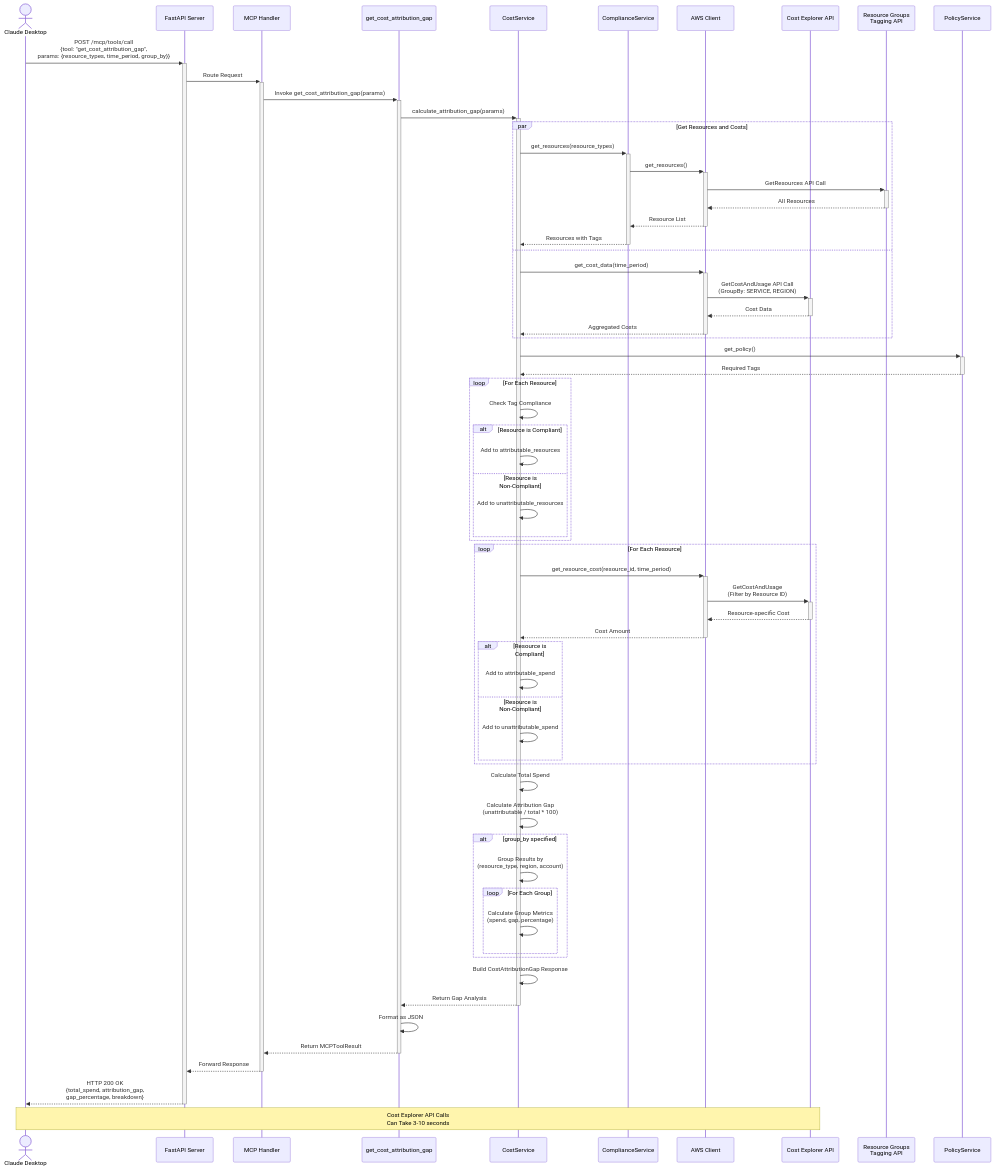
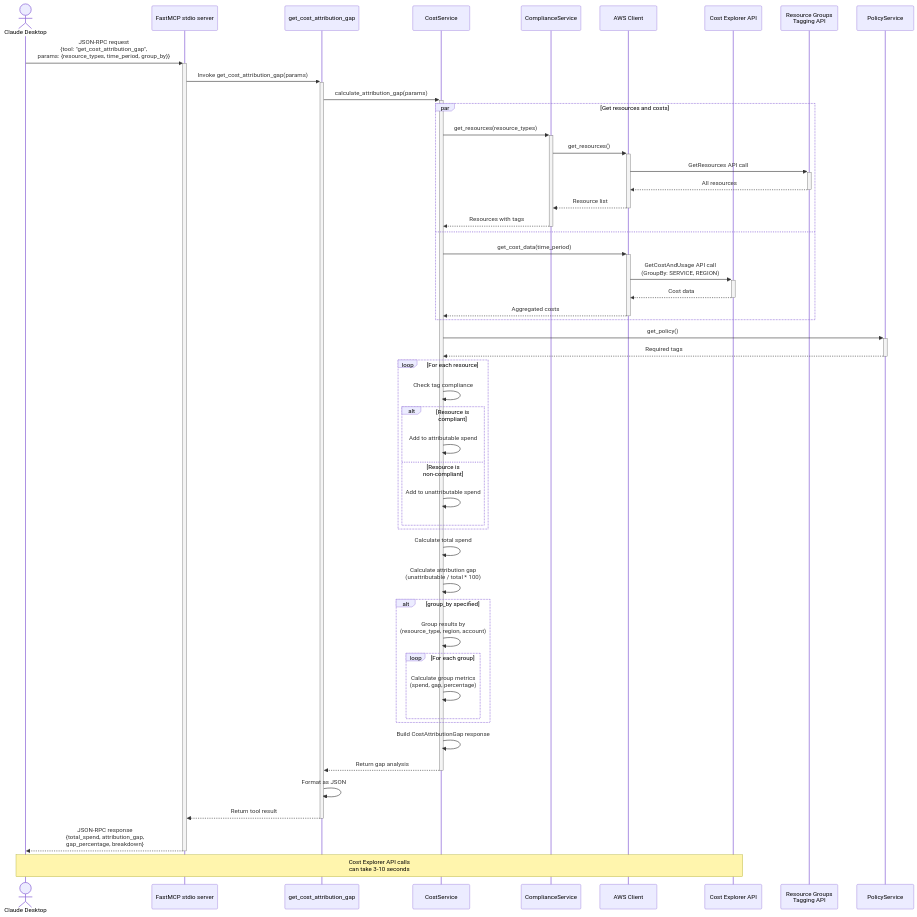
The third of 5 diagrams in docs/diagrams/03-sequence-diagrams.md (OptimNow/finops-tag-compliance-mcp), drawn with Mermaid before and after one commit. The commit also changed other lines of this file and 6 other files, not shown here.

First line of the commit message:
docs: rewrite diagrams for stdio architecture, delete HTTP-only docs

````diff
--- a/docs/diagrams/03-sequence-diagrams.md
+++ b/docs/diagrams/03-sequence-diagrams.md
@@ -183,80 +183,64 @@
 ```mermaid
 sequenceDiagram
     actor User as Claude Desktop
-    participant API as FastAPI Server
-    participant MCP as MCP Handler
+    participant MCP as FastMCP stdio server
     participant Tool as get_cost_attribution_gap
     participant Cost as CostService
     participant CS as ComplianceService
     participant AWS as AWS Client
     participant CE as Cost Explorer API
     participant RGTA as Resource Groups<br/>Tagging API
     participant PS as PolicyService
 
-    User->>+API: POST /mcp/tools/call<br/>{tool: "get_cost_attribution_gap",<br/>params: {resource_types, time_period, group_by}}
+    User->>+MCP: JSON-RPC request<br/>{tool: "get_cost_attribution_gap",<br/>params: {resource_types, time_period, group_by}}
 
-    API->>+MCP: Route Request
     MCP->>+Tool: Invoke get_cost_attribution_gap(params)
 
     Tool->>+Cost: calculate_attribution_gap(params)
 
-    par Get Resources and Costs
+    par Get resources and costs
         Cost->>+CS: get_resources(resource_types)
         CS->>+AWS: get_resources()
-        AWS->>+RGTA: GetResources API Call
-        RGTA-->>-AWS: All Resources
-        AWS-->>-CS: Resource List
-        CS-->>-Cost: Resources with Tags
+        AWS->>+RGTA: GetResources API call
+        RGTA-->>-AWS: All resources
+        AWS-->>-CS: Resource list
+        CS-->>-Cost: Resources with tags
     and
         Cost->>+AWS: get_cost_data(time_period)
-        AWS->>+CE: GetCostAndUsage API Call<br/>(GroupBy: SERVICE, REGION)
-        CE-->>-AWS: Cost Data
-        AWS-->>-Cost: Aggregated Costs
+        AWS->>+CE: GetCostAndUsage API call<br/>(GroupBy: SERVICE, REGION)
+        CE-->>-AWS: Cost data
+        AWS-->>-Cost: Aggregated costs
     end
 
     Cost->>+PS: get_policy()
-    PS-->>-Cost: Required Tags
+    PS-->>-Cost: Required tags
 
-    loop For Each Resource
-        Cost->>Cost: Check Tag Compliance
-        alt Resource is Compliant
-            Cost->>Cost: Add to attributable_resources
-        else Resource is Non-Compliant
-            Cost->>Cost: Add to unattributable_resources
+    loop For each resource
+        Cost->>Cost: Check tag compliance
+        alt Resource is compliant
+            Cost->>Cost: Add to attributable spend
+        else Resource is non-compliant
+            Cost->>Cost: Add to unattributable spend
         end
     end
 
-    loop For Each Resource
-        Cost->>+AWS: get_resource_cost(resource_id, time_period)
-        AWS->>+CE: GetCostAndUsage<br/>(Filter by Resource ID)
-        CE-->>-AWS: Resource-specific Cost
-        AWS-->>-Cost: Cost Amount
+    Cost->>Cost: Calculate total spend
+    Cost->>Cost: Calculate attribution gap<br/>(unattributable / total * 100)
 
-        alt Resource is Compliant
-            Cost->>Cost: Add to attributable_spend
-        else Resource is Non-Compliant
-            Cost->>Cost: Add to unattributable_spend
+    alt group_by specified
+        Cost->>Cost: Group results by<br/>(resource_type, region, account)
+
+        loop For each group
+            Cost->>Cost: Calculate group metrics<br/>(spend, gap, percentage)
         end
     end
 
-    Cost->>Cost: Calculate Total Spend
-    Cost->>Cost: Calculate Attribution Gap<br/>(unattributable / total * 100)
-
-    alt group_by specified
-        Cost->>Cost: Group Results by<br/>(resource_type, region, account)
-
-        loop For Each Group
-            Cost->>Cost: Calculate Group Metrics<br/>(spend, gap, percentage)
-        end
-    end
-
-    Cost->>Cost: Build CostAttributionGap Response
-    Cost-->>-Tool: Return Gap Analysis
+    Cost->>Cost: Build CostAttributionGap response
+    Cost-->>-Tool: Return gap analysis
 
     Tool->>Tool: Format as JSON
-    Tool-->>-MCP: Return MCPToolResult
-    MCP-->>-API: Forward Response
-    API-->>-User: HTTP 200 OK<br/>{total_spend, attribution_gap,<br/>gap_percentage, breakdown}
+    Tool-->>-MCP: Return tool result
+    MCP-->>-User: JSON-RPC response<br/>{total_spend, attribution_gap,<br/>gap_percentage, breakdown}
 
-    Note over User,CE: Cost Explorer API Calls<br/>Can Take 3-10 seconds
+    Note over User,CE: Cost Explorer API calls<br/>can take 3-10 seconds
 ```
````
